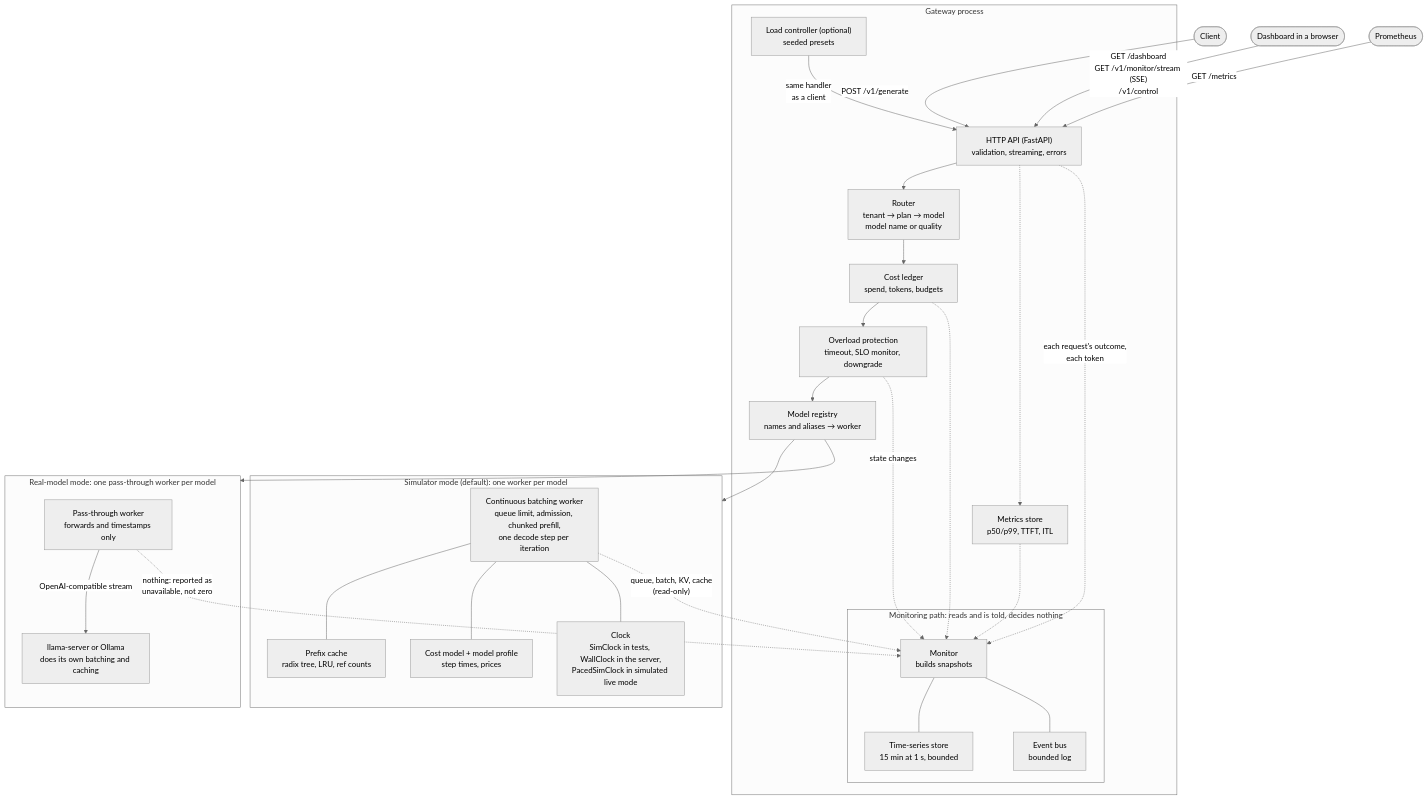
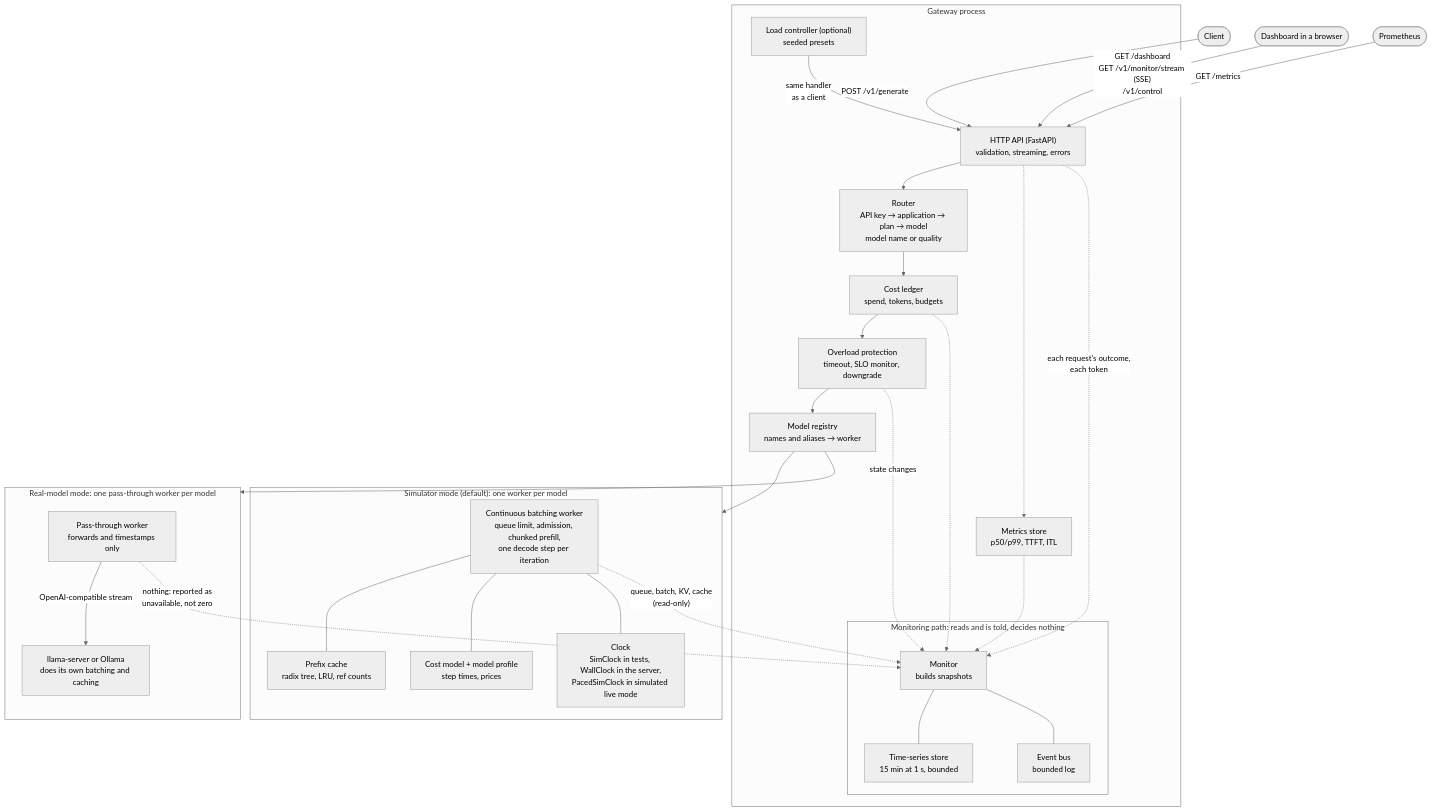
Before and after one commit to bala5071/Multi-Model-Inference-Gateway-Simulator: the diagram in README.md, drawn with Mermaid (neutral theme). The commit also changed other lines of this file and 14 other files, not shown here.

````diff
--- a/README.md
+++ b/README.md
@@ -105,54 +110,54 @@
 ```mermaid
 flowchart TD
     client([Client]) -->|"POST /v1/generate"| app
     browser([Dashboard in a browser]) -->|"GET /dashboard<br/>GET /v1/monitor/stream (SSE)<br/>/v1/control"| app
     prom([Prometheus]) -->|"GET /metrics"| app
 
     subgraph gateway["Gateway process"]
         app["HTTP API (FastAPI)<br/>validation, streaming, errors"]
-        router["Router<br/>tenant → plan → model<br/>model name or quality"]
+        router["Router<br/>API key → application → plan → model<br/>model name or quality"]
         ledger["Cost ledger<br/>spend, tokens, budgets"]
         overload["Overload protection<br/>timeout, SLO monitor, downgrade"]
         registry["Model registry<br/>names and aliases → worker"]
         metrics["Metrics store<br/>p50/p99, TTFT, ITL"]
 
         app --> router --> ledger --> overload --> registry
         app -.-> metrics
 
         subgraph monitoring["Monitoring path: reads and is told, decides nothing"]
             monitor["Monitor<br/>builds snapshots"]
             series["Time-series store<br/>15 min at 1 s, bounded"]
             bus["Event bus<br/>bounded log"]
             monitor --- series
             monitor --- bus
         end
 
         app -.->|"each request's outcome,<br/>each token"| monitor
         overload -.->|"state changes"| monitor
         metrics -.-> monitor
         ledger -.-> monitor
         load["Load controller (optional)<br/>seeded presets"] -->|"same handler<br/>as a client"| app
     end
 
     registry --> sim
     registry --> real
 
     subgraph sim["Simulator mode (default): one worker per model"]
         worker["Continuous batching worker<br/>queue limit, admission, chunked prefill,<br/>one decode step per iteration"]
         cache["Prefix cache<br/>radix tree, LRU, ref counts"]
         cost["Cost model + model profile<br/>step times, prices"]
         clock["Clock<br/>SimClock in tests, WallClock in the server,<br/>PacedSimClock in simulated live mode"]
         worker --- cache
         worker --- cost
         worker --- clock
     end
 
     subgraph real["Real-model mode: one pass-through worker per model"]
         pass["Pass-through worker<br/>forwards and timestamps only"]
         llama["llama-server or Ollama<br/>does its own batching and caching"]
         pass -->|"OpenAI-compatible stream"| llama
     end
 
     worker -.->|"queue, batch, KV, cache<br/>(read-only)"| monitor
     pass -.->|"nothing: reported as<br/>unavailable, not zero"| monitor
 ```
````
